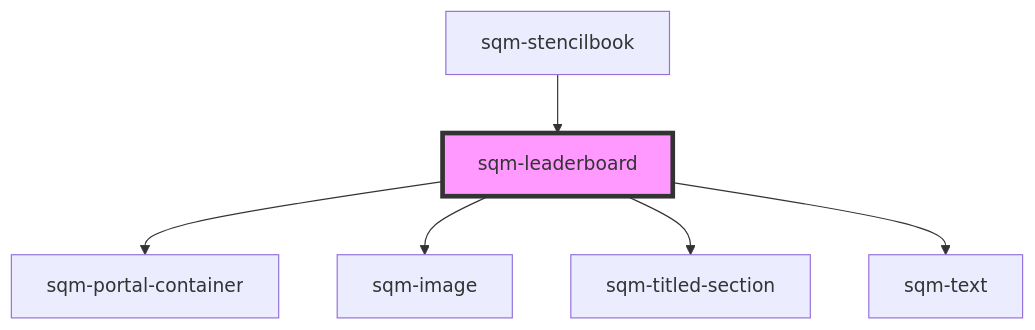
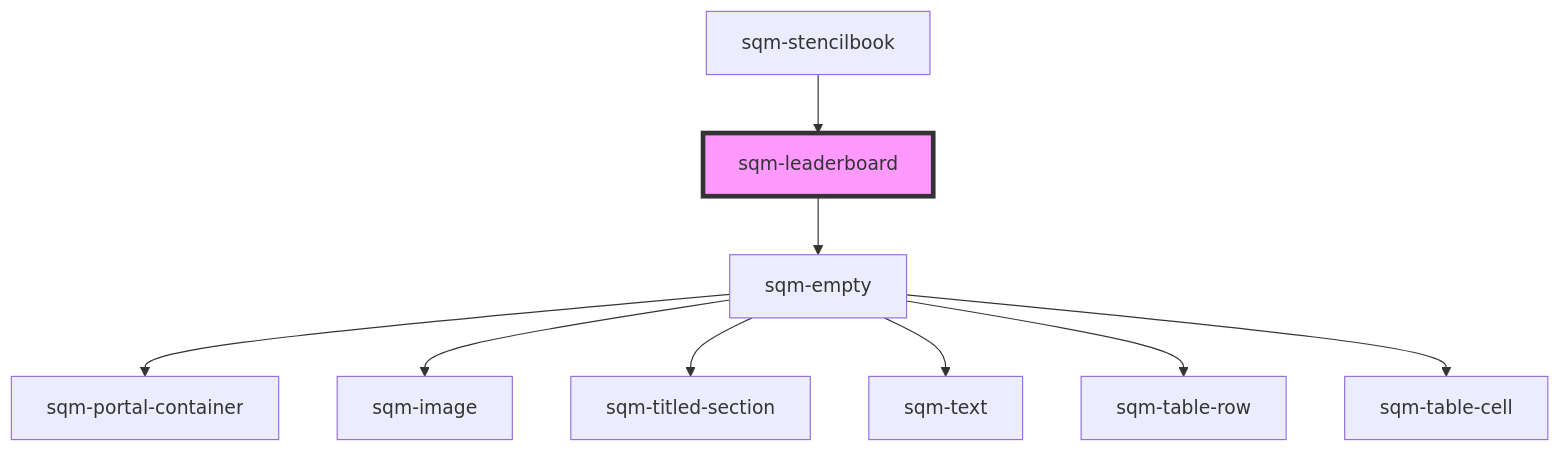
The diagram in packages/mint-components/src/components/sqm-leaderboard/readme.md (saasquatch/program-tools), drawn with Mermaid before and after one commit. The commit also changed other lines of this file and 33 other files, not shown here.

````diff
--- a/packages/mint-components/src/components/sqm-leaderboard/readme.md
+++ b/packages/mint-components/src/components/sqm-leaderboard/readme.md
@@ -41,9 +35,12 @@
 ```mermaid
 graph TD;
-  sqm-leaderboard --> sqm-portal-container
-  sqm-leaderboard --> sqm-image
-  sqm-leaderboard --> sqm-titled-section
-  sqm-leaderboard --> sqm-text
+  sqm-leaderboard --> sqm-empty
+  sqm-empty --> sqm-portal-container
+  sqm-empty --> sqm-image
+  sqm-empty --> sqm-titled-section
+  sqm-empty --> sqm-text
+  sqm-empty --> sqm-table-row
+  sqm-empty --> sqm-table-cell
   sqm-stencilbook --> sqm-leaderboard
   style sqm-leaderboard fill:#f9f,stroke:#333,stroke-width:4px
 ```
````
